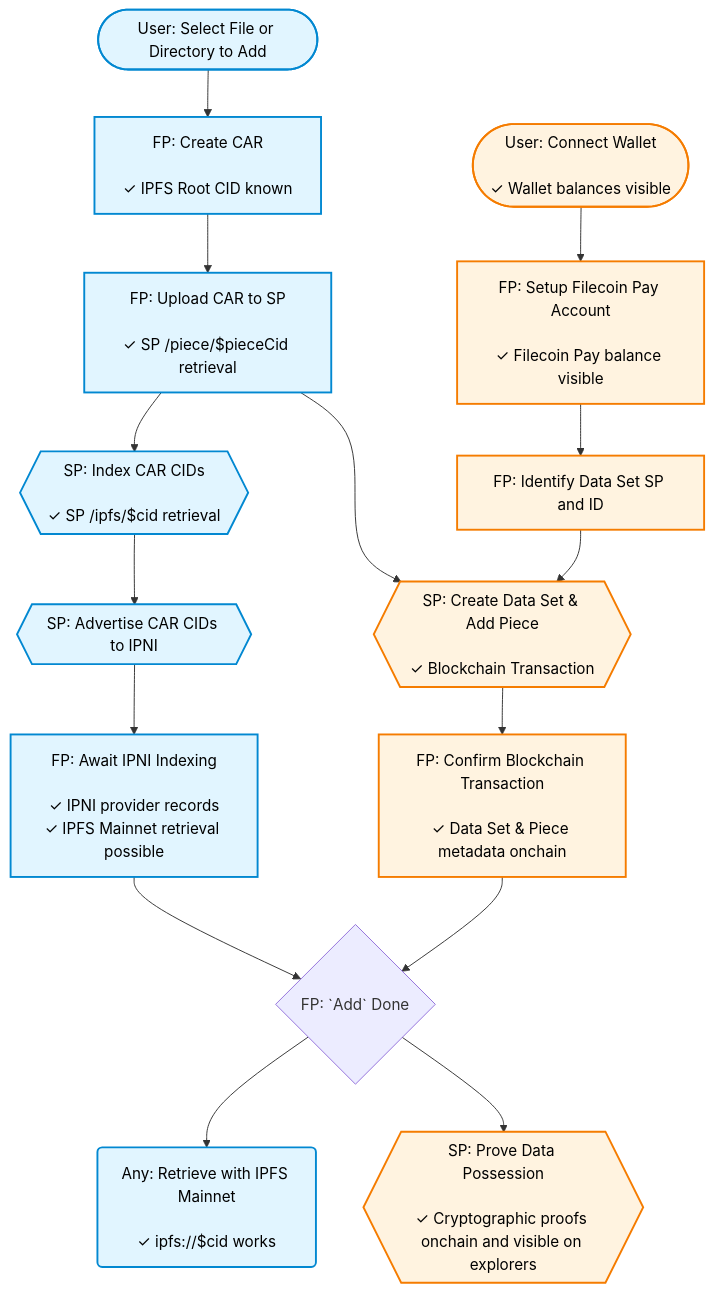
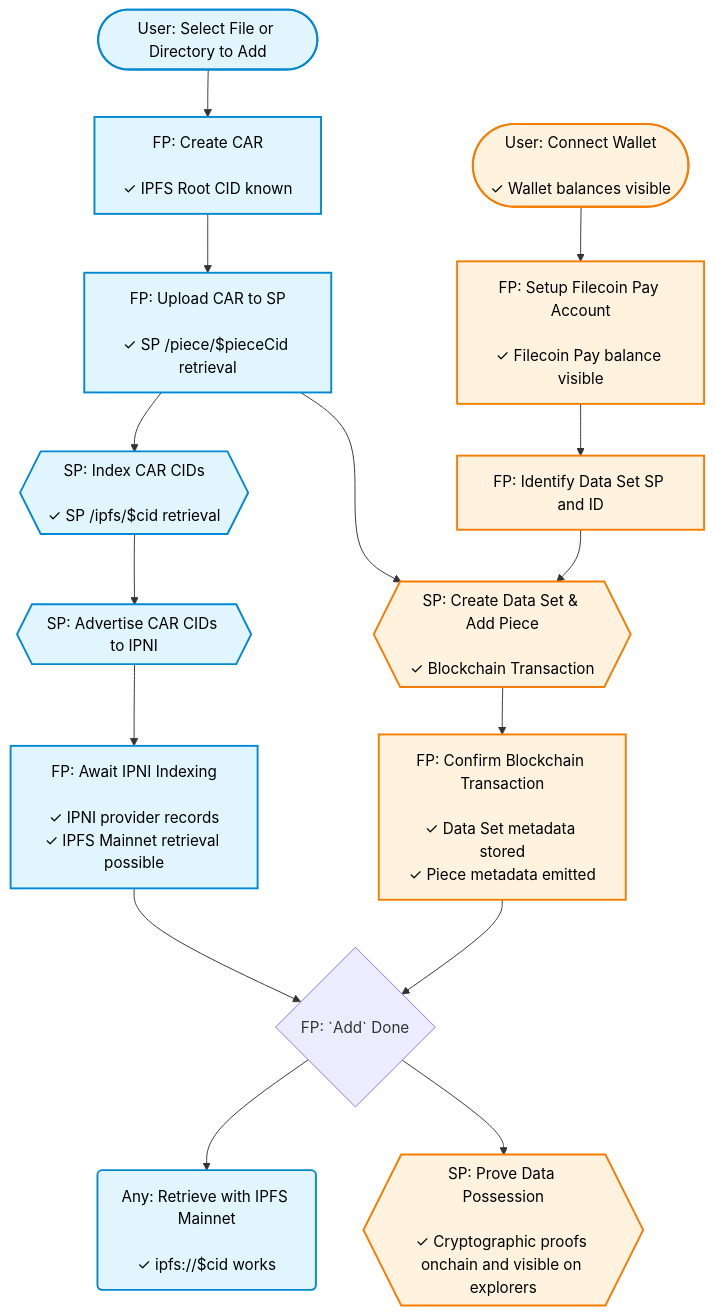
The diagram in documentation/behind-the-scenes-of-adding-a-file.md (filecoin-project/filecoin-pin), drawn with Mermaid before and after one commit. The commit also changed other lines of this file and 18 other files, not shown here.

Commit message:
feat!: stop exposing piece metadata

````diff
--- a/documentation/behind-the-scenes-of-adding-a-file.md
+++ b/documentation/behind-the-scenes-of-adding-a-file.md
@@ -13,52 +13,52 @@
 ```mermaid
 graph TD
 
     %% Node Definitions
     %% Non-blockchain nodes
     Start([User: Select File or Directory to Add])
     CreateCAR[FP: Create CAR<br/><br/>✓ IPFS Root CID known]
     UploadCAR[FP: Upload CAR to SP<br/><br/>✓ SP /piece/$pieceCid retrieval]
     IndexCAR{{SP: Index CAR CIDs<br/><br/>✓ SP /ipfs/$cid retrieval}}
     AdvertiseCAR{{SP: Advertise CAR CIDs to IPNI}}
     AwaitIPNIIndexing[FP: Await IPNI Indexing<br/><br/>✓ IPNI provider records<br/>✓ IPFS Mainnet retrieval possible]
     RetrieveData(Any: Retrieve with IPFS Mainnet<br/><br/>✓ ipfs://$cid works)
 
     %% Blockchain nodes
     ConnectWallet([User: Connect Wallet<br/><br/>✓ Wallet balances visible])
     SetupPay[FP: Setup Filecoin Pay Account<br/><br/>✓ Filecoin Pay balance visible]
     IdentifyDataSet[FP: Identify Data Set SP and ID]
     CreateDataSet{{SP: Create Data Set & Add Piece<br/><br/>✓ Blockchain Transaction}}
-    ConfirmBlockchainTx[FP: Confirm Blockchain Transaction<br/><br/>✓ Data Set & Piece metadata onchain]
+    ConfirmBlockchainTx[FP: Confirm Blockchain Transaction<br/><br/>✓ Data Set metadata stored<br/>✓ Piece metadata emitted]
     ProveData{{SP: Prove Data Possession<br/><br/>✓ Cryptographic proofs onchain and visible on explorers}}
 
     %% Milestone
     FilecoinPinAddDone{FP: `Add` Done}
 
     %% Relationships
     %% Non-blockchain flow
     Start --> CreateCAR
     CreateCAR --> UploadCAR
     UploadCAR --> IndexCAR
     IndexCAR --> AdvertiseCAR
     AdvertiseCAR --> AwaitIPNIIndexing
     AwaitIPNIIndexing --> FilecoinPinAddDone
     FilecoinPinAddDone --> RetrieveData
 
     %% Blockchain flow
     ConnectWallet --> SetupPay
     SetupPay --> IdentifyDataSet
     IdentifyDataSet --> CreateDataSet
 
     %% Convergence
     UploadCAR --> CreateDataSet
     CreateDataSet --> ConfirmBlockchainTx
     ConfirmBlockchainTx --> FilecoinPinAddDone
     FilecoinPinAddDone --> ProveData
 
     %% Styling
     classDef nonBlockchain fill:#e1f5ff,stroke:#0288d1,stroke-width:2px,color:#000
     classDef blockchain fill:#fff3e0,stroke:#f57c00,stroke-width:2px,color:#000
 
     class Start,CreateCAR,UploadCAR,IndexCAR,AdvertiseCAR,AwaitIPNIIndexing,RetrieveData nonBlockchain
     class ConnectWallet,SetupPay,IdentifyDataSet,CreateDataSet,ConfirmBlockchainTx,ProveData blockchain
 ```
````
